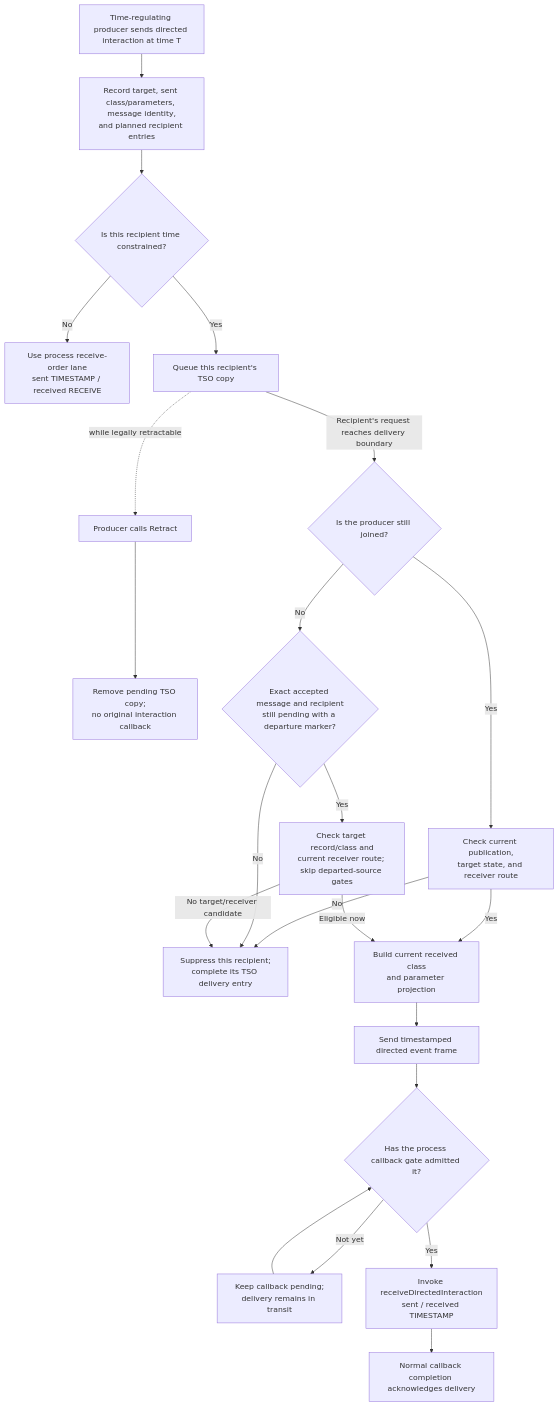
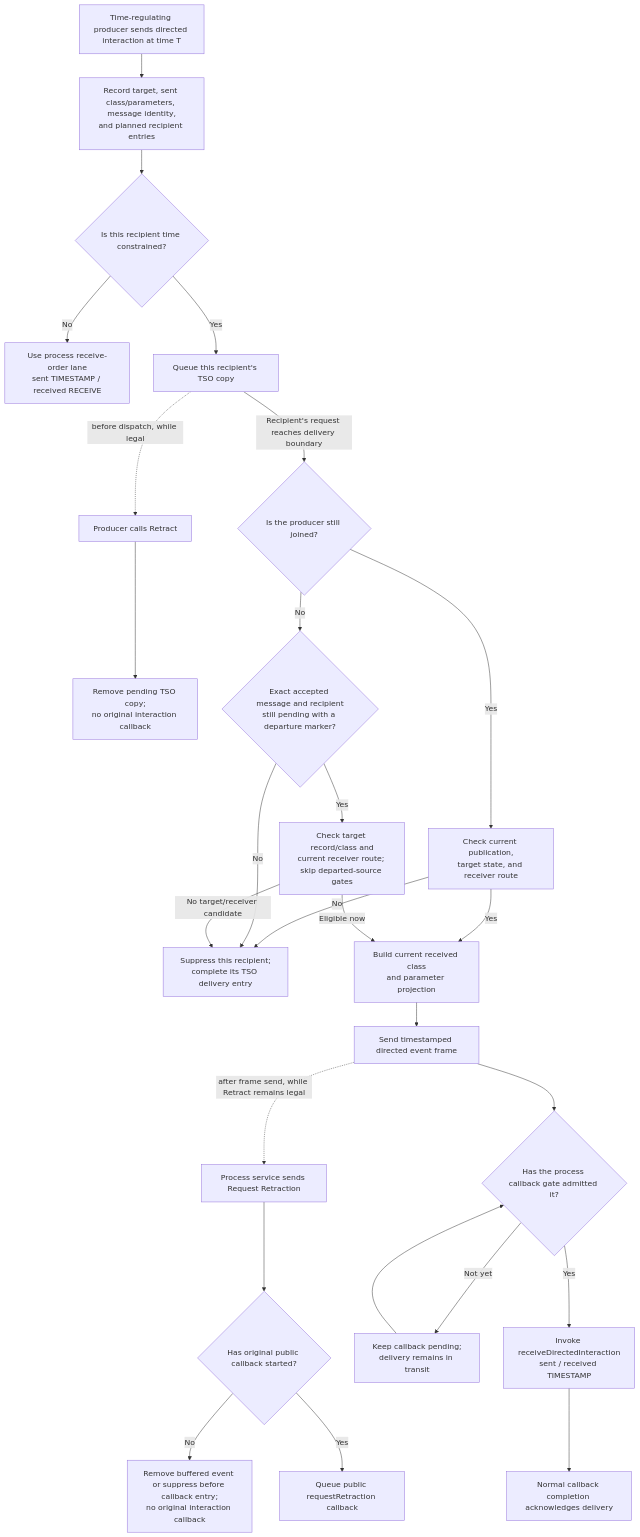
One commit to sheepfling/umbra changed the seventh of 8 diagrams in docs/design/HLA-2025-DIRECTED-INTERACTION-FLOW-GUIDE.md. Above: the diagram before and after it, drawn with Mermaid. The commit also changed other lines of this file and 668 other files, not shown here.

````diff
--- a/docs/design/HLA-2025-DIRECTED-INTERACTION-FLOW-GUIDE.md
+++ b/docs/design/HLA-2025-DIRECTED-INTERACTION-FLOW-GUIDE.md
@@ -446,25 +452,29 @@
 ```mermaid
 flowchart TD
   Send[Time-regulating producer sends directed interaction at time T]
   Send --> Save[Record target, sent class/parameters, message identity,<br/>and planned recipient entries]
   Save --> Classify{Is this recipient time constrained?}
   Classify -->|No| ReceiveOrder[Use process receive-order lane<br/>sent TIMESTAMP / received RECEIVE]
   Classify -->|Yes| Queue[Queue this recipient's TSO copy]
   Queue -->|Recipient's request reaches delivery boundary| Recheck{Is the producer still joined?}
-  Queue -. while legally retractable .-> Retract[Producer calls Retract]
+  Queue -. before dispatch, while legal .-> Retract[Producer calls Retract]
   Retract --> Remove[Remove pending TSO copy;<br/>no original interaction callback]
   Recheck -->|Yes| Joined[Check current publication,<br/>target state, and receiver route]
   Joined -->|No| Suppress[Suppress this recipient;<br/>complete its TSO delivery entry]
   Joined -->|Yes| Project[Build current received class<br/>and parameter projection]
   Recheck -->|No| Ledger{Exact accepted message and recipient<br/>still pending with a departure marker?}
   Ledger -->|No| Suppress
   Ledger -->|Yes| Departed[Check target record/class and<br/>current receiver route; skip departed-source gates]
   Departed -->|No target/receiver candidate| Suppress
   Departed -->|Eligible now| Project
   Project --> Frame[Send timestamped directed event frame]
+  Frame -. after frame send, while Retract remains legal .-> RetractFrame[Process service sends Request Retraction]
+  RetractFrame --> Started{Has original public callback started?}
+  Started -->|No| SuppressOriginal[Remove buffered event or suppress before callback entry;<br/>no original interaction callback]
+  Started -->|Yes| NotifyRetraction[Queue public requestRetraction callback]
   Frame --> Gate{Has the process callback gate admitted it?}
   Gate -->|Not yet| Hold[Keep callback pending;<br/>delivery remains in transit]
   Hold --> Gate
   Gate -->|Yes| Callback[Invoke receiveDirectedInteraction<br/>sent / received TIMESTAMP]
   Callback --> Ack[Normal callback completion acknowledges delivery]
 ```
````
